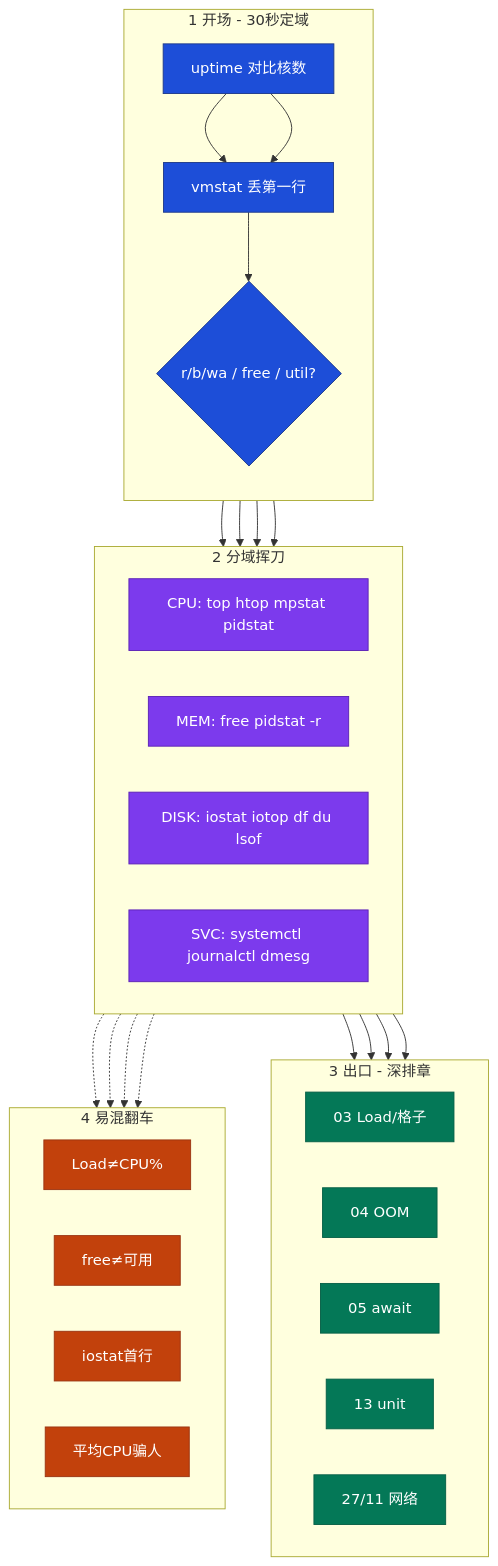
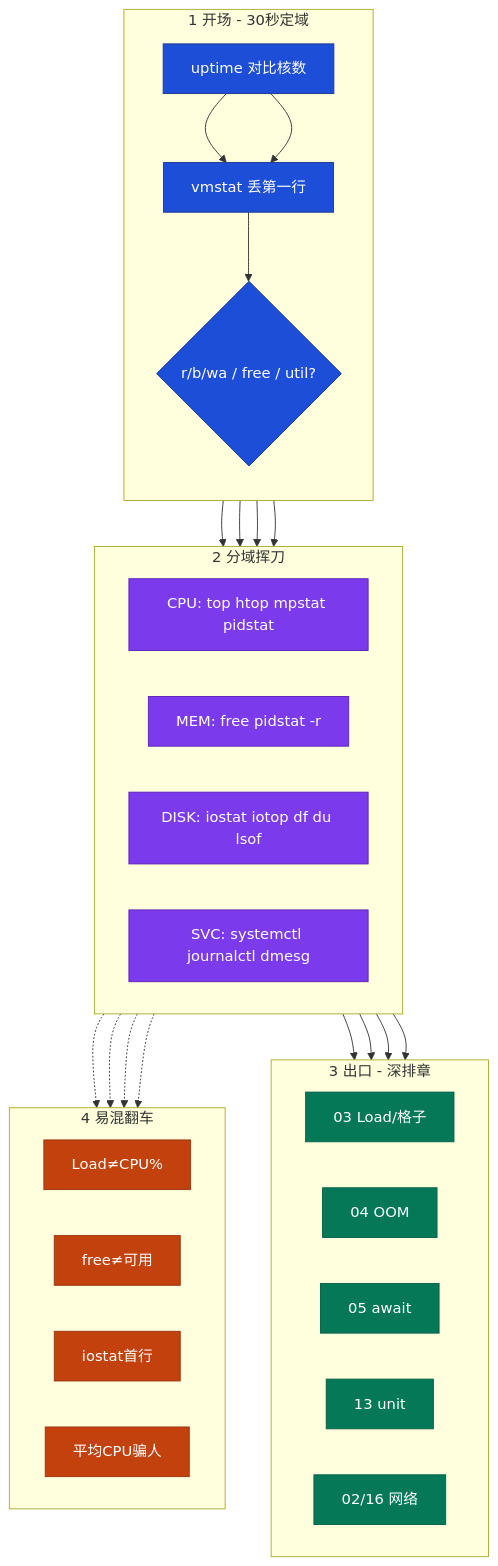
The first of 3 diagrams in 01-基础底座/01-主机排查命令/知识点.md (ml-cuizijun/LearnToLilith), drawn with Mermaid before and after one commit. The commit also changed other lines of this file and 56 other files, not shown here.

````diff
--- a/01-基础底座/01-主机排查命令/知识点.md
+++ b/01-基础底座/01-主机排查命令/知识点.md
@@ -77,58 +77,58 @@
 ```mermaid
 flowchart TB
     classDef open fill:#1D4ED8,stroke:#1E3A8A,color:#fff
     classDef knife fill:#7C3AED,stroke:#5B21B6,color:#fff
     classDef out fill:#047857,stroke:#065F46,color:#fff
     classDef danger fill:#C2410C,stroke:#9A3412,color:#fff
     classDef note fill:#FFF7ED,stroke:#FB923C,color:#9A3412
 
     subgraph OPEN["1 开场 - 30秒定域"]
         direction TB
         U["uptime 对比核数"] --> V["vmstat 丢第一行"]
         V --> X{"r/b/wa / free / util?"}
     end
 
     subgraph KNIFE["2 分域挥刀"]
         direction LR
         K1["CPU: top htop mpstat pidstat"]
         K2["MEM: free pidstat -r"]
         K3["DISK: iostat iotop df du lsof"]
         K4["SVC: systemctl journalctl dmesg"]
     end
 
     subgraph OUT["3 出口 - 深排章"]
         direction LR
         O1["03 Load/格子"]
         O2["04 OOM"]
         O3["05 await"]
         O4["13 unit"]
-        O5["27/11 网络"]
+        O5["02/16 网络"]
     end
 
     subgraph TRAP["4 易混翻车"]
         direction LR
         T1["Load≠CPU%"]
         T2["free≠可用"]
         T3["iostat首行"]
         T4["平均CPU骗人"]
     end
 
     U --> V
     X --> K1
     X --> K2
     X --> K3
     X --> K4
     K1 --> O1
     K2 --> O2
     K3 --> O3
     K4 --> O4
     K1 -.-> T1
     K1 -.-> T4
     K2 -.-> T2
     K3 -.-> T3
 
     class U,V,X open
     class K1,K2,K3,K4 knife
     class O1,O2,O3,O4,O5 out
     class T1,T2,T3,T4 danger
 ```
````
